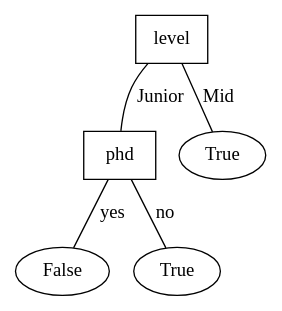
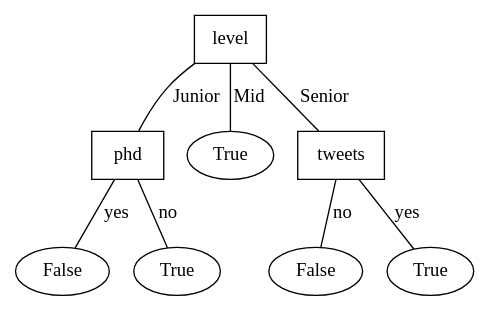
Before and after one commit to GonzagaCPSC322/U5-Decision-Trees: the diagram in DecisionTreeFunS1/interview_tree.dot, drawn with Graphviz. The commit also changed 5 other files, not shown here.

Commit message:
finish all_same_class() and tree vis

```diff
--- a/DecisionTreeFunS1/interview_tree.dot
+++ b/DecisionTreeFunS1/interview_tree.dot
@@ -1,12 +1,21 @@
 graph g {
     level [shape=box];
     phd [shape=box];
     level -- phd [label="Junior"];
     false1 [label="False"];
     true1 [label="True"];
     phd -- false1 [label="yes"];
     phd -- true1 [label="no"];
+
     # this is a comment
     true2 [label="True"];
     level -- true2 [label="Mid"];
+
+    # task: finish the tree!
+    tweets [shape=box];
+    level -- tweets [label="Senior"];
+    false3 [label="False"];
+    true3 [label="True"];
+    tweets -- false3 [label="no"];
+    tweets -- true3 [label="yes"];
 }
```
